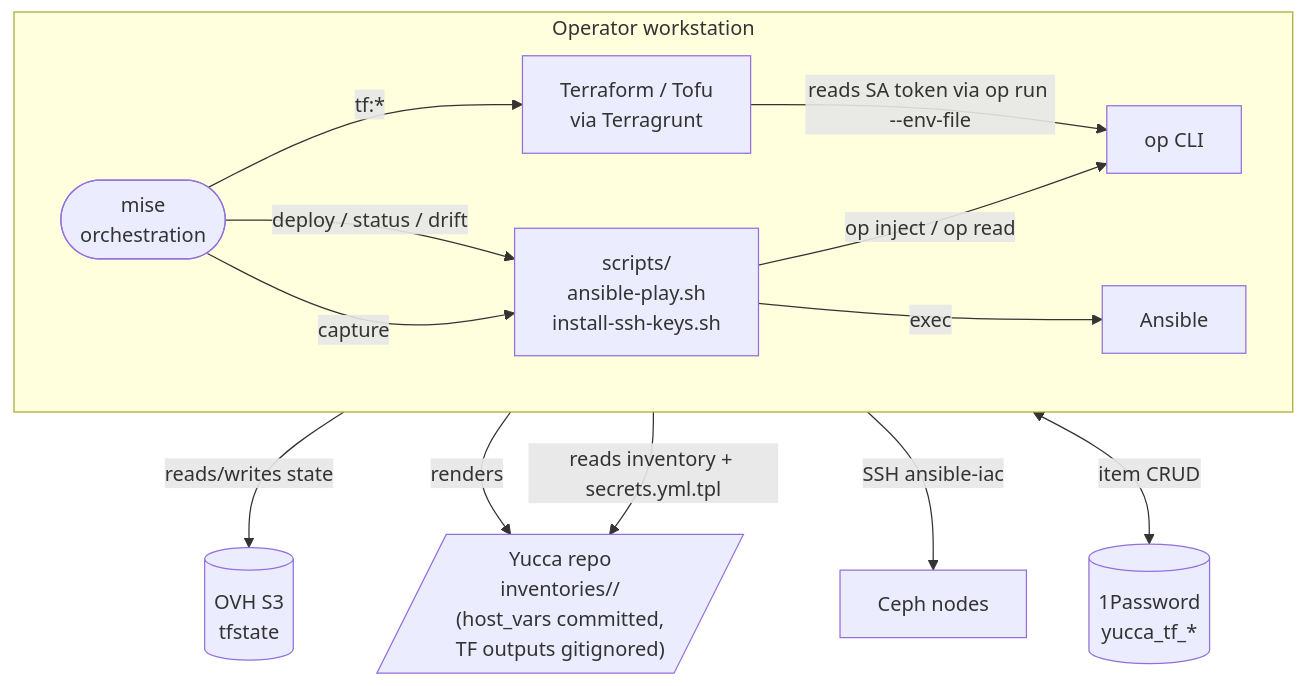
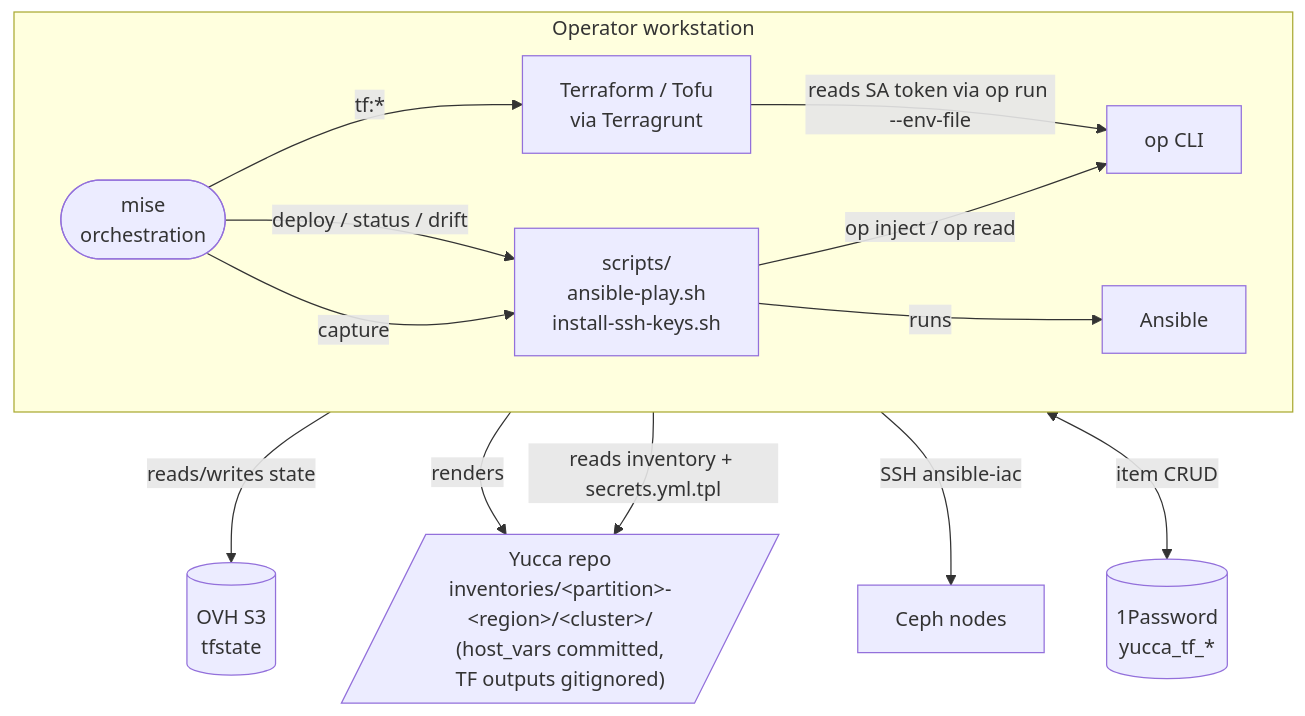
Before and after one commit to immich-app/yucca: the second of 11 diagrams in ansible/ceph/docs/architecture.md, drawn with Mermaid. The commit also changed other lines of this file and 36 other files, not shown here.

First line of the commit message:
docs(ceph): realign with partition/region model and CI/CD, retire ADRs

````diff
--- a/ansible/ceph/docs/architecture.md
+++ b/ansible/ceph/docs/architecture.md
@@ -75,31 +77,31 @@
 ```mermaid
 flowchart TB
     subgraph ws["Operator workstation"]
         direction LR
         MISE([mise<br/>orchestration])
         TF[Terraform / Tofu<br/>via Terragrunt]
         OP[op CLI]
         ANS[Ansible]
         WRAP[scripts/<br/>ansible-play.sh<br/>install-ssh-keys.sh]
     end
 
     ONEP[("1Password<br/>yucca_tf_*")]
     S3[("OVH S3<br/>tfstate")]
-    REPO[/"Yucca repo<br/>inventories/<cluster>/<br/>(host_vars committed,<br/>TF outputs gitignored)"/]
+    REPO[/"Yucca repo<br/>inventories/&lt;partition&gt;-&lt;region&gt;/&lt;cluster&gt;/<br/>(host_vars committed,<br/>TF outputs gitignored)"/]
     NODES[Ceph nodes]
 
     MISE -->|tf:*| TF
     MISE -->|deploy / status / drift| WRAP
     MISE -->|capture| WRAP
 
     TF -->|reads SA token via op run --env-file| OP
     TF -->|reads/writes state| S3
     TF -->|renders| REPO
 
     WRAP -->|reads inventory + secrets.yml.tpl| REPO
     WRAP -->|op inject / op read| OP
-    WRAP -->|exec| ANS
+    WRAP -->|runs| ANS
     ANS -->|SSH ansible-iac| NODES
 
     OP <-->|item CRUD| ONEP
 ```
````
